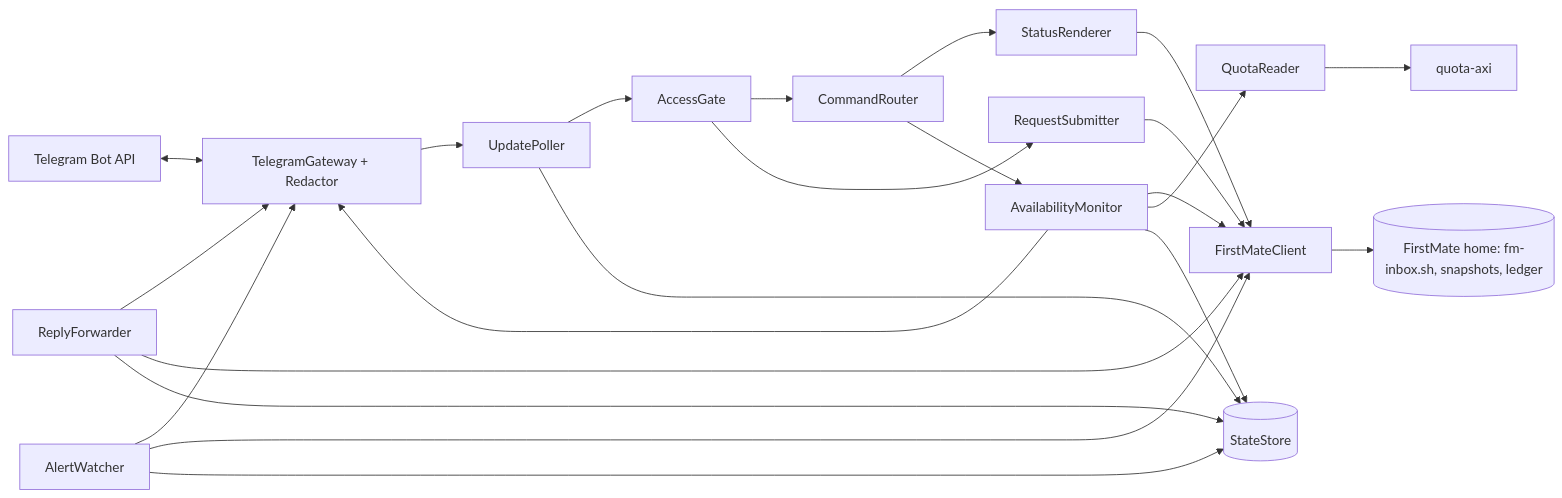
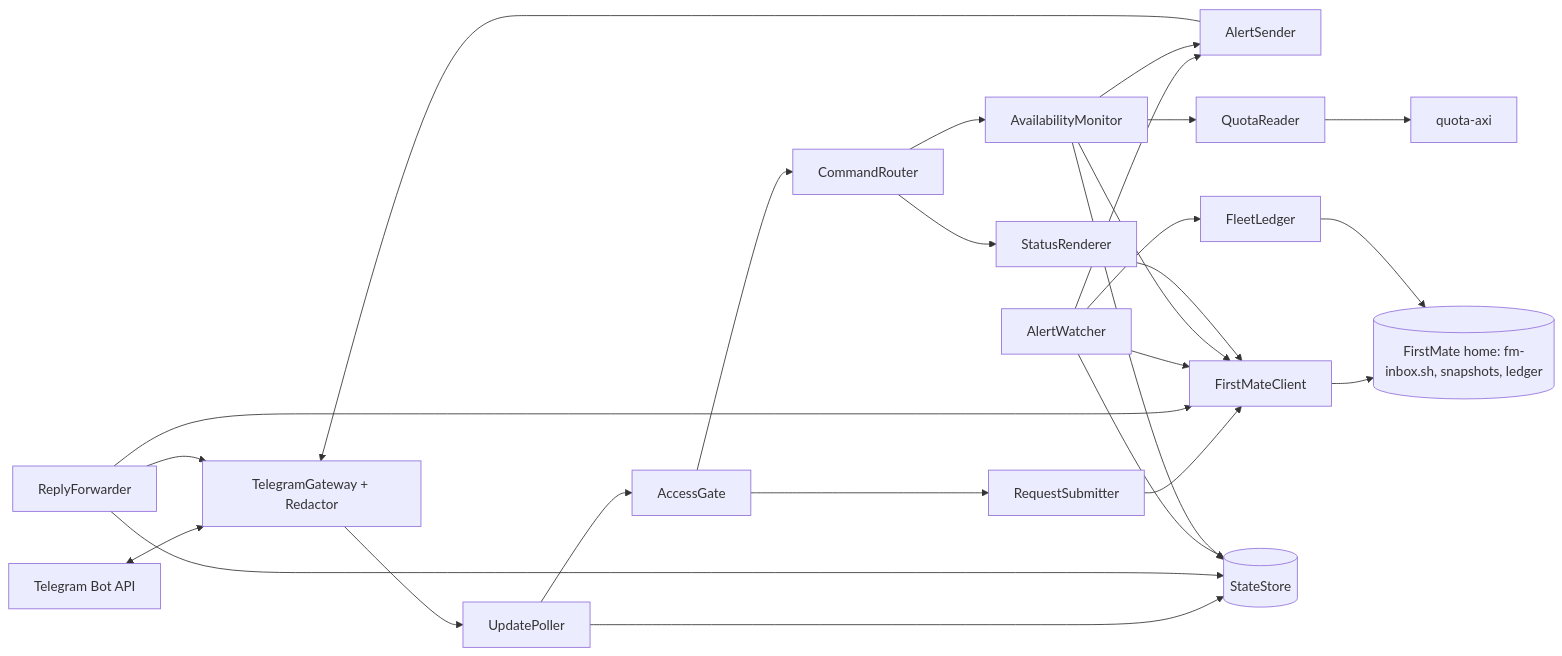
One commit to lbildzinkas/firstmate-telegram changed the diagram in docs/spec.md. Above: the diagram before and after it, drawn with Mermaid. The commit also changed other lines of this file and 1 other file, not shown here.

Commit message:
no-mistakes(document): Align spec architecture with AlertSender and FleetLedger components

````diff
--- a/docs/spec.md
+++ b/docs/spec.md
@@ -856,24 +856,26 @@
 ```mermaid
 flowchart LR
   TG[Telegram Bot API] <--> GW[TelegramGateway + Redactor]
   GW --> UP[UpdatePoller]
   UP --> AG[AccessGate]
   AG --> CR[CommandRouter]
   AG --> RS[RequestSubmitter]
   CR --> SR[StatusRenderer]
   CR --> AM[AvailabilityMonitor]
   RF[ReplyForwarder] --> GW
-  AW[AlertWatcher] --> GW
-  AM --> GW
+  AW[AlertWatcher] --> AS[AlertSender]
+  AM --> AS
+  AS --> GW
   RS --> FC[FirstMateClient]
   RF --> FC
   AW --> FC
   AM --> FC
   SR --> FC
   FC --> FM[("FirstMate home: fm-inbox.sh, snapshots, ledger")]
+  AW --> FL[FleetLedger] --> FM
   AM --> QR[QuotaReader] --> QA[quota-axi]
   UP --> SS[(StateStore)]
   RF --> SS
   AW --> SS
   AM --> SS
 ```
````
